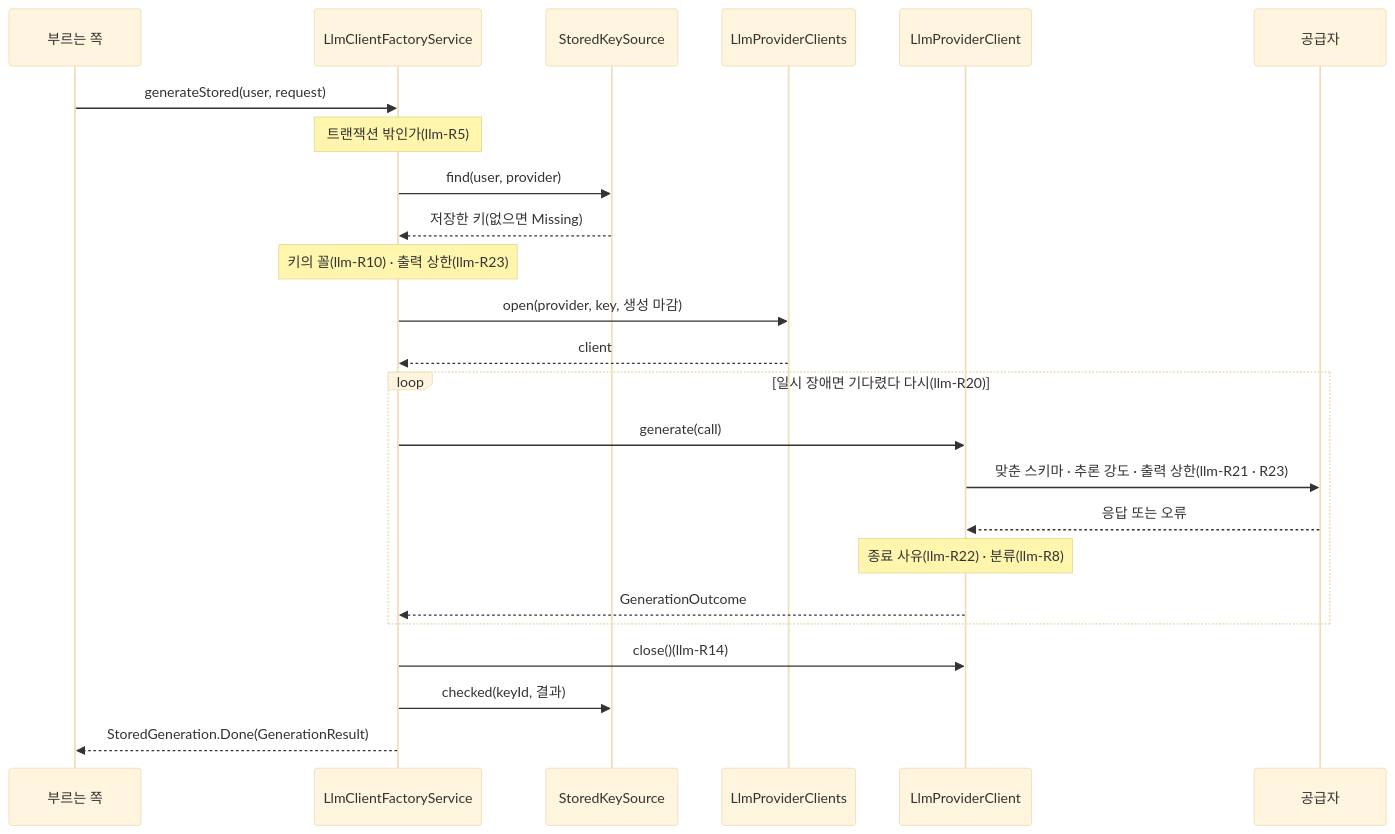
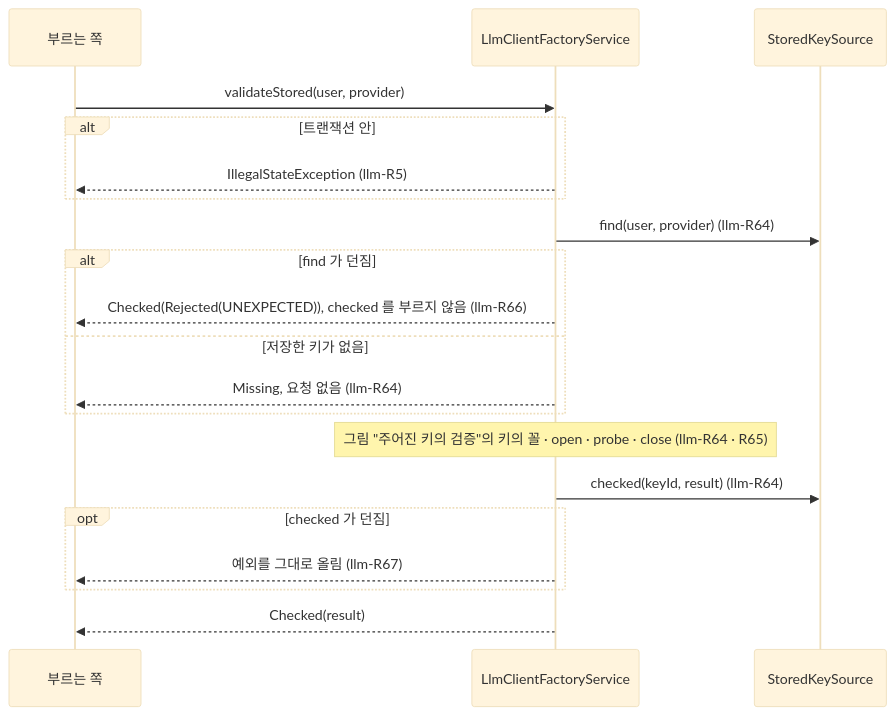
The second of 3 diagrams in docs/specs/llm.md (Theia0382/yozm-news), drawn with Mermaid (base theme) before and after one commit. The commit also changed other lines of this file, not shown here.

First line of the commit message:
docs: llm Spec 다시 쓰기 — 규칙 쪼개기 · 시퀀스 그림 · 실측은 ADR 로

````diff
--- a/docs/specs/llm.md
+++ b/docs/specs/llm.md
@@ -415,26 +455,22 @@
 ```mermaid
 sequenceDiagram
     participant C as 부르는 쪽
     participant S as LlmClientFactoryService
     participant Q as StoredKeySource
-    participant P as LlmProviderClients
-    participant K as LlmProviderClient
-    participant X as 공급자
-    C->>S: generateStored(user, request)
-    Note over S: 트랜잭션 밖인가(llm-R5)
-    S->>Q: find(user, provider)
-    Q-->>S: 저장한 키(없으면 Missing)
-    Note over S: 키의 꼴(llm-R10) · 출력 상한(llm-R23)
-    S->>P: open(provider, key, 생성 마감)
-    P-->>S: client
-    loop 일시 장애면 기다렸다 다시(llm-R20)
-        S->>K: generate(call)
-        K->>X: 맞춘 스키마 · 추론 강도 · 출력 상한(llm-R21 · R23)
-        X-->>K: 응답 또는 오류
-        Note over K: 종료 사유(llm-R22) · 분류(llm-R8)
-        K-->>S: GenerationOutcome
+    C->>S: validateStored(user, provider)
+    alt 트랜잭션 안
+        S-->>C: IllegalStateException (llm-R5)
     end
-    S->>K: close()(llm-R14)
-    S->>Q: checked(keyId, 결과)
-    S-->>C: StoredGeneration.Done(GenerationResult)
+    S->>Q: find(user, provider) (llm-R64)
+    alt find 가 던짐
+        S-->>C: Checked(Rejected(UNEXPECTED)), checked 를 부르지 않음 (llm-R66)
+    else 저장한 키가 없음
+        S-->>C: Missing, 요청 없음 (llm-R64)
+    end
+    Note over S: 그림 "주어진 키의 검증"의 키의 꼴 · open · probe · close (llm-R64 · R65)
+    S->>Q: checked(keyId, result) (llm-R64)
+    opt checked 가 던짐
+        S-->>C: 예외를 그대로 올림 (llm-R67)
+    end
+    S-->>C: Checked(result)
 ```
````
